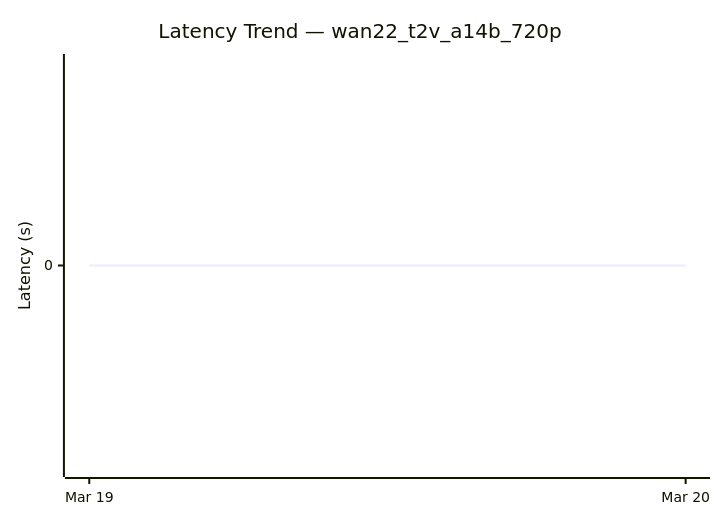
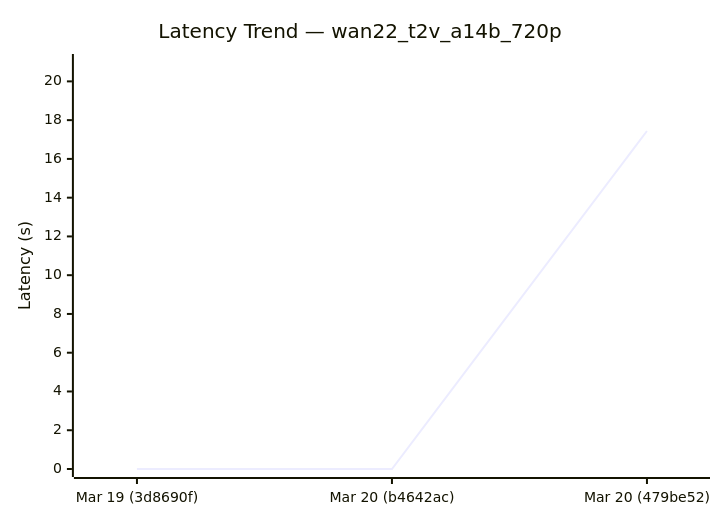
One commit to sglang-bot/sglang-ci-data changed the sixth of 9 diagrams in diffusion-comparisons/dashboard.md. Above: the diagram before and after it, drawn with Mermaid. The commit also changed other lines of this file and 1 other file, not shown here.

````diff
--- a/diffusion-comparisons/dashboard.md
+++ b/diffusion-comparisons/dashboard.md
@@ -93,7 +94,7 @@
 ```mermaid
 xychart-beta
   title "Latency Trend — wan22_t2v_a14b_720p"
-  x-axis ["Mar 19", "Mar 20"]
-  y-axis "Latency (s)" 0 --> 0
-  line [0.00, 0.00]
+  x-axis ["Mar 19 (3d8690f)", "Mar 20 (b4642ac)", "Mar 20 (479be52)"]
+  y-axis "Latency (s)" 0 --> 21
+  line [0.00, 0.00, 17.44]
 ```
````
